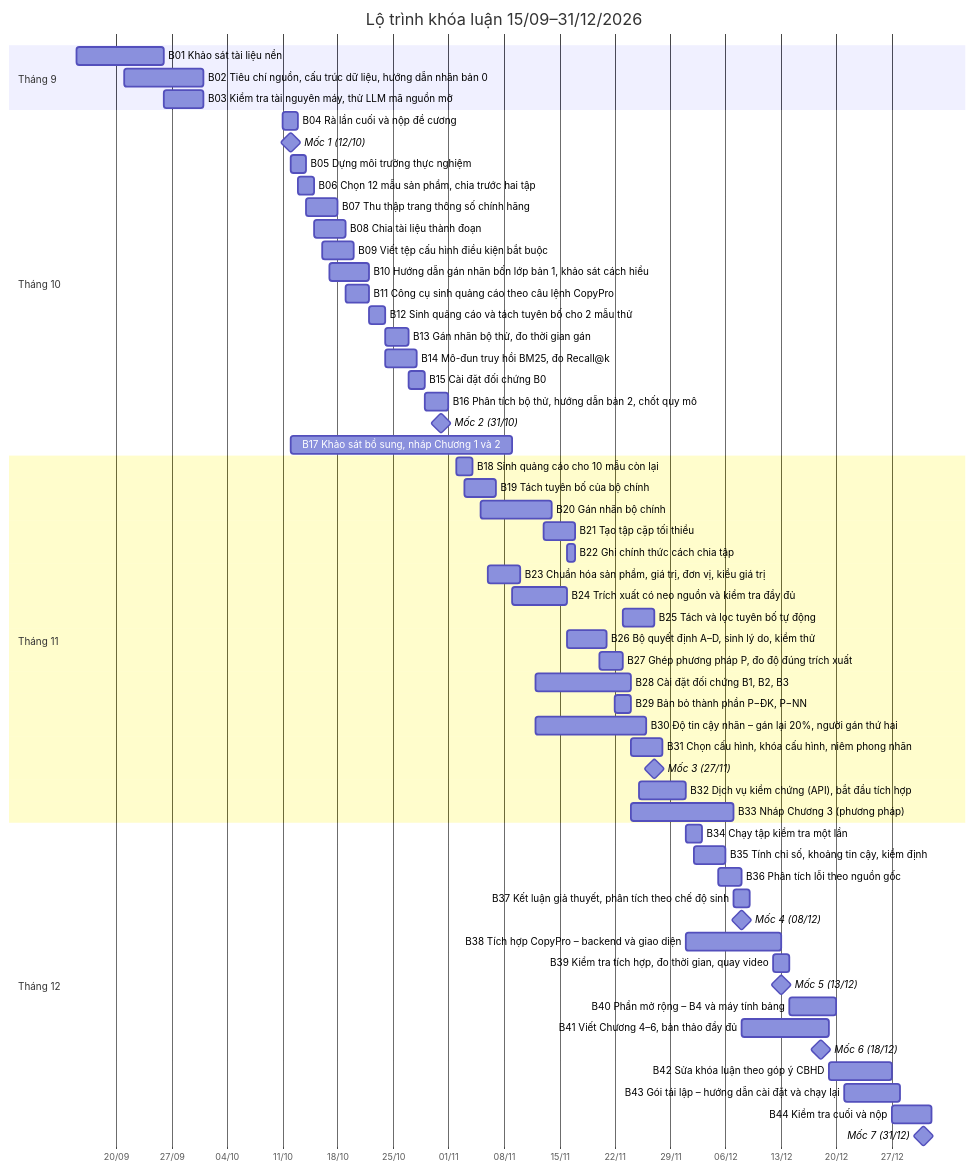
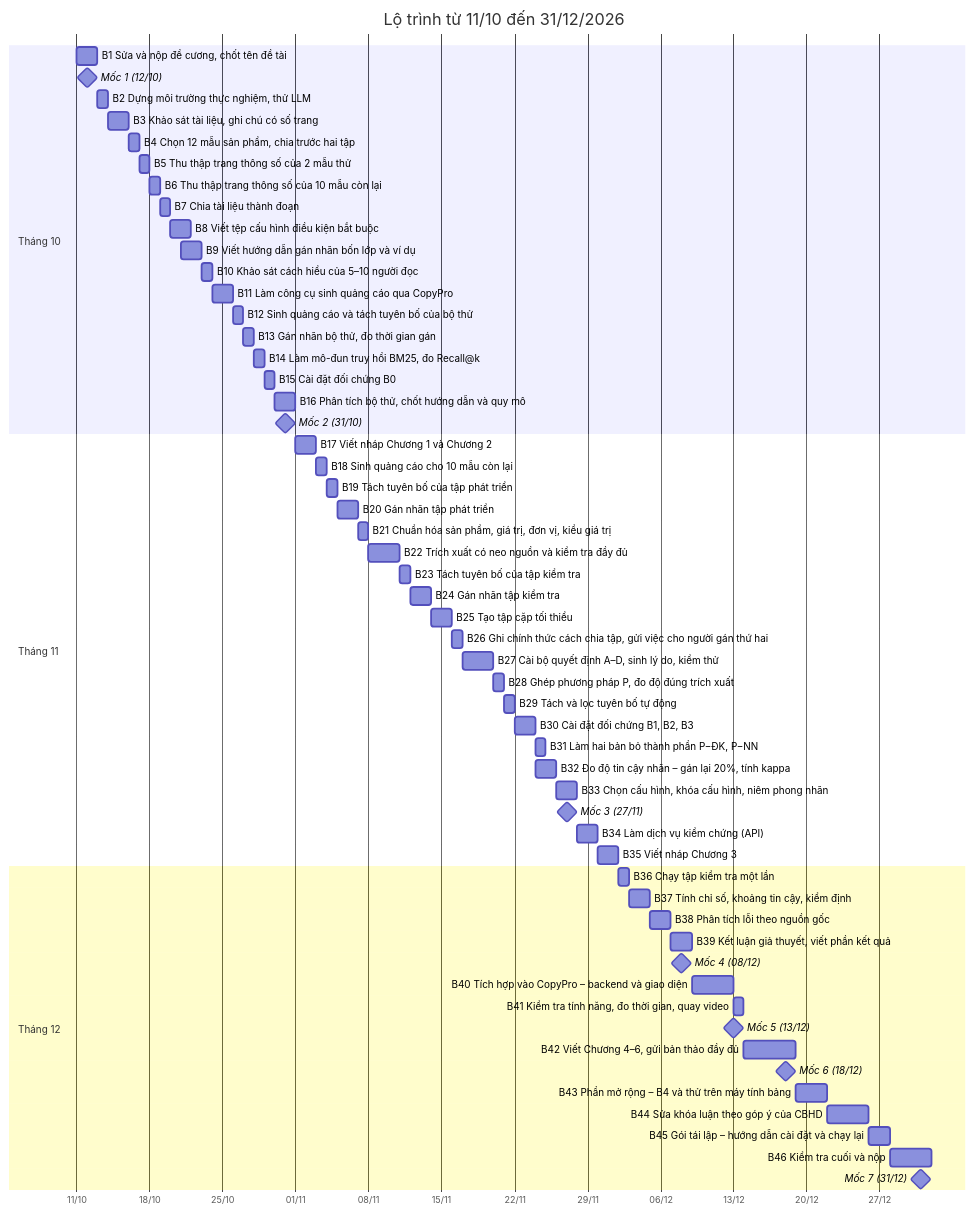
The second of 3 diagrams in CHI_TIET_TUYEN_TINH_KHOA_LUAN.md (23521228-BuiLeHuyPhuoc/KLTN), drawn with Mermaid before and after one commit. The commit also changed other lines of this file and 1 other file, not shown here.

First line of the commit message:
Kế hoạch: sắp lại thành danh sách việc làm lần lượt từ Bước 1 đến Bước 47

````diff
--- a/CHI_TIET_TUYEN_TINH_KHOA_LUAN.md
+++ b/CHI_TIET_TUYEN_TINH_KHOA_LUAN.md
@@ -204,61 +1357,62 @@
 ```mermaid
 gantt
-    title Lộ trình khóa luận 15/09–31/12/2026
+    title Lộ trình từ 11/10 đến 31/12/2026
     dateFormat YYYY-MM-DD
     axisFormat %d/%m
-    section Tháng 9
-    B01 Khảo sát tài liệu nền :b01, 2026-09-15, 11d
-    B02 Tiêu chí nguồn, cấu trúc dữ liệu, hướng dẫn nhãn bản 0 :b02, 2026-09-21, 10d
-    B03 Kiểm tra tài nguyên máy, thử LLM mã nguồn mở :b03, 2026-09-26, 5d
     section Tháng 10
-    B04 Rà lần cuối và nộp đề cương :b04, 2026-10-11, 2d
-    Mốc 1 (12/10) :milestone, m04, 2026-10-12, 0d
-    B05 Dựng môi trường thực nghiệm :b05, 2026-10-12, 2d
-    B06 Chọn 12 mẫu sản phẩm, chia trước hai tập :b06, 2026-10-13, 2d
-    B07 Thu thập trang thông số chính hãng :b07, 2026-10-14, 4d
-    B08 Chia tài liệu thành đoạn :b08, 2026-10-15, 4d
-    B09 Viết tệp cấu hình điều kiện bắt buộc :b09, 2026-10-16, 4d
-    B10 Hướng dẫn gán nhãn bốn lớp bản 1, khảo sát cách hiểu :b10, 2026-10-17, 5d
-    B11 Công cụ sinh quảng cáo theo câu lệnh CopyPro :b11, 2026-10-19, 3d
-    B12 Sinh quảng cáo và tách tuyên bố cho 2 mẫu thử :b12, 2026-10-22, 2d
-    B13 Gán nhãn bộ thử, đo thời gian gán :b13, 2026-10-24, 3d
-    B14 Mô-đun truy hồi BM25, đo Recall@k :b14, 2026-10-24, 4d
-    B15 Cài đặt đối chứng B0 :b15, 2026-10-27, 2d
-    B16 Phân tích bộ thử, hướng dẫn bản 2, chốt quy mô :b16, 2026-10-29, 3d
-    Mốc 2 (31/10) :milestone, m16, 2026-10-31, 0d
-    B17 Khảo sát bổ sung, nháp Chương 1 và 2 :b17, 2026-10-12, 28d
+    B1 Sửa và nộp đề cương, chốt tên đề tài :b01, 2026-10-11, 2d
+    Mốc 1 (12/10) :milestone, m1, 2026-10-12, 0d
+    B2 Dựng môi trường thực nghiệm, thử LLM :b02, 2026-10-13, 1d
+    B3 Khảo sát tài liệu, ghi chú có số trang :b03, 2026-10-14, 2d
+    B4 Chọn 12 mẫu sản phẩm, chia trước hai tập :b04, 2026-10-16, 1d
+    B5 Thu thập trang thông số của 2 mẫu thử :b05, 2026-10-17, 1d
+    B6 Thu thập trang thông số của 10 mẫu còn lại :b06, 2026-10-18, 1d
+    B7 Chia tài liệu thành đoạn :b07, 2026-10-19, 1d
+    B8 Viết tệp cấu hình điều kiện bắt buộc :b08, 2026-10-20, 2d
+    B9 Viết hướng dẫn gán nhãn bốn lớp và ví dụ :b09, 2026-10-21, 2d
+    B10 Khảo sát cách hiểu của 5–10 người đọc :b10, 2026-10-23, 1d
+    B11 Làm công cụ sinh quảng cáo qua CopyPro :b11, 2026-10-24, 2d
+    B12 Sinh quảng cáo và tách tuyên bố của bộ thử :b12, 2026-10-26, 1d
+    B13 Gán nhãn bộ thử, đo thời gian gán :b13, 2026-10-27, 1d
+    B14 Làm mô-đun truy hồi BM25, đo Recall@k :b14, 2026-10-28, 1d
+    B15 Cài đặt đối chứng B0 :b15, 2026-10-29, 1d
+    B16 Phân tích bộ thử, chốt hướng dẫn và quy mô :b16, 2026-10-30, 2d
+    Mốc 2 (31/10) :milestone, m2, 2026-10-31, 0d
     section Tháng 11
-    B18 Sinh quảng cáo cho 10 mẫu còn lại :b18, 2026-11-02, 2d
-    B19 Tách tuyên bố của bộ chính :b19, 2026-11-03, 4d
-    B20 Gán nhãn bộ chính :b20, 2026-11-05, 9d
-    B21 Tạo tập cặp tối thiểu :b21, 2026-11-13, 4d
-    B22 Ghi chính thức cách chia tập :b22, 2026-11-16, 1d
-    B23 Chuẩn hóa sản phẩm, giá trị, đơn vị, kiểu giá trị :b23, 2026-11-06, 4d
-    B24 Trích xuất có neo nguồn và kiểm tra đầy đủ :b24, 2026-11-09, 7d
-    B25 Tách và lọc tuyên bố tự động :b25, 2026-11-23, 4d
-    B26 Bộ quyết định A–D, sinh lý do, kiểm thử :b26, 2026-11-16, 5d
-    B27 Ghép phương pháp P, đo độ đúng trích xuất :b27, 2026-11-20, 3d
-    B28 Cài đặt đối chứng B1, B2, B3 :b28, 2026-11-12, 12d
-    B29 Bản bỏ thành phần P−ĐK, P−NN :b29, 2026-11-22, 2d
-    B30 Độ tin cậy nhãn – gán lại 20%, người gán thứ hai :b30, 2026-11-12, 14d
-    B31 Chọn cấu hình, khóa cấu hình, niêm phong nhãn :b31, 2026-11-24, 4d
-    Mốc 3 (27/11) :milestone, m31, 2026-11-27, 0d
-    B32 Dịch vụ kiểm chứng (API), bắt đầu tích hợp :b32, 2026-11-25, 6d
-    B33 Nháp Chương 3 (phương pháp) :b33, 2026-11-24, 13d
+    B17 Viết nháp Chương 1 và Chương 2 :b17, 2026-11-01, 2d
+    B18 Sinh quảng cáo cho 10 mẫu còn lại :b18, 2026-11-03, 1d
+    B19 Tách tuyên bố của tập phát triển :b19, 2026-11-04, 1d
+    B20 Gán nhãn tập phát triển :b20, 2026-11-05, 2d
+    B21 Chuẩn hóa sản phẩm, giá trị, đơn vị, kiểu giá trị :b21, 2026-11-07, 1d
+    B22 Trích xuất có neo nguồn và kiểm tra đầy đủ :b22, 2026-11-08, 3d
+    B23 Tách tuyên bố của tập kiểm tra :b23, 2026-11-11, 1d
+    B24 Gán nhãn tập kiểm tra :b24, 2026-11-12, 2d
+    B25 Tạo tập cặp tối thiểu :b25, 2026-11-14, 2d
+    B26 Ghi chính thức cách chia tập, gửi việc cho người gán thứ hai :b26, 2026-11-16, 1d
+    B27 Cài bộ quyết định A–D, sinh lý do, kiểm thử :b27, 2026-11-17, 3d
+    B28 Ghép phương pháp P, đo độ đúng trích xuất :b28, 2026-11-20, 1d
+    B29 Tách và lọc tuyên bố tự động :b29, 2026-11-21, 1d
+    B30 Cài đặt đối chứng B1, B2, B3 :b30, 2026-11-22, 2d
+    B31 Làm hai bản bỏ thành phần P−ĐK, P−NN :b31, 2026-11-24, 1d
+    B32 Đo độ tin cậy nhãn – gán lại 20%, tính kappa :b32, 2026-11-24, 2d
+    B33 Chọn cấu hình, khóa cấu hình, niêm phong nhãn :b33, 2026-11-26, 2d
+    Mốc 3 (27/11) :milestone, m3, 2026-11-27, 0d
+    B34 Làm dịch vụ kiểm chứng (API) :b34, 2026-11-28, 2d
+    B35 Viết nháp Chương 3 :b35, 2026-11-30, 2d
     section Tháng 12
-    B34 Chạy tập kiểm tra một lần :b34, 2026-12-01, 2d
-    B35 Tính chỉ số, khoảng tin cậy, kiểm định :b35, 2026-12-02, 4d
-    B36 Phân tích lỗi theo nguồn gốc :b36, 2026-12-05, 3d
-    B37 Kết luận giả thuyết, phân tích theo chế độ sinh :b37, 2026-12-07, 2d
-    Mốc 4 (08/12) :milestone, m37, 2026-12-08, 0d
-    B38 Tích hợp CopyPro – backend và giao diện :b38, 2026-12-01, 12d
-    B39 Kiểm tra tích hợp, đo thời gian, quay video :b39, 2026-12-12, 2d
-    Mốc 5 (13/12) :milestone, m39, 2026-12-13, 0d
-    B40 Phần mở rộng – B4 và máy tính bảng :b40, 2026-12-14, 6d
-    B41 Viết Chương 4–6, bản thảo đầy đủ :b41, 2026-12-08, 11d
-    Mốc 6 (18/12) :milestone, m41, 2026-12-18, 0d
-    B42 Sửa khóa luận theo góp ý CBHD :b42, 2026-12-19, 8d
-    B43 Gói tái lập – hướng dẫn cài đặt và chạy lại :b43, 2026-12-21, 7d
-    B44 Kiểm tra cuối và nộp :b44, 2026-12-27, 5d
-    Mốc 7 (31/12) :milestone, m44, 2026-12-31, 0d
+    B36 Chạy tập kiểm tra một lần :b36, 2026-12-02, 1d
+    B37 Tính chỉ số, khoảng tin cậy, kiểm định :b37, 2026-12-03, 2d
+    B38 Phân tích lỗi theo nguồn gốc :b38, 2026-12-05, 2d
+    B39 Kết luận giả thuyết, viết phần kết quả :b39, 2026-12-07, 2d
+    Mốc 4 (08/12) :milestone, m4, 2026-12-08, 0d
+    B40 Tích hợp vào CopyPro – backend và giao diện :b40, 2026-12-09, 4d
+    B41 Kiểm tra tính năng, đo thời gian, quay video :b41, 2026-12-13, 1d
+    Mốc 5 (13/12) :milestone, m5, 2026-12-13, 0d
+    B42 Viết Chương 4–6, gửi bản thảo đầy đủ :b42, 2026-12-14, 5d
+    Mốc 6 (18/12) :milestone, m6, 2026-12-18, 0d
+    B43 Phần mở rộng – B4 và thử trên máy tính bảng :b43, 2026-12-19, 3d
+    B44 Sửa khóa luận theo góp ý của CBHD :b44, 2026-12-22, 4d
+    B45 Gói tái lập – hướng dẫn cài đặt và chạy lại :b45, 2026-12-26, 2d
+    B46 Kiểm tra cuối và nộp :b46, 2026-12-28, 4d
+    Mốc 7 (31/12) :milestone, m7, 2026-12-31, 0d
 ```
````
